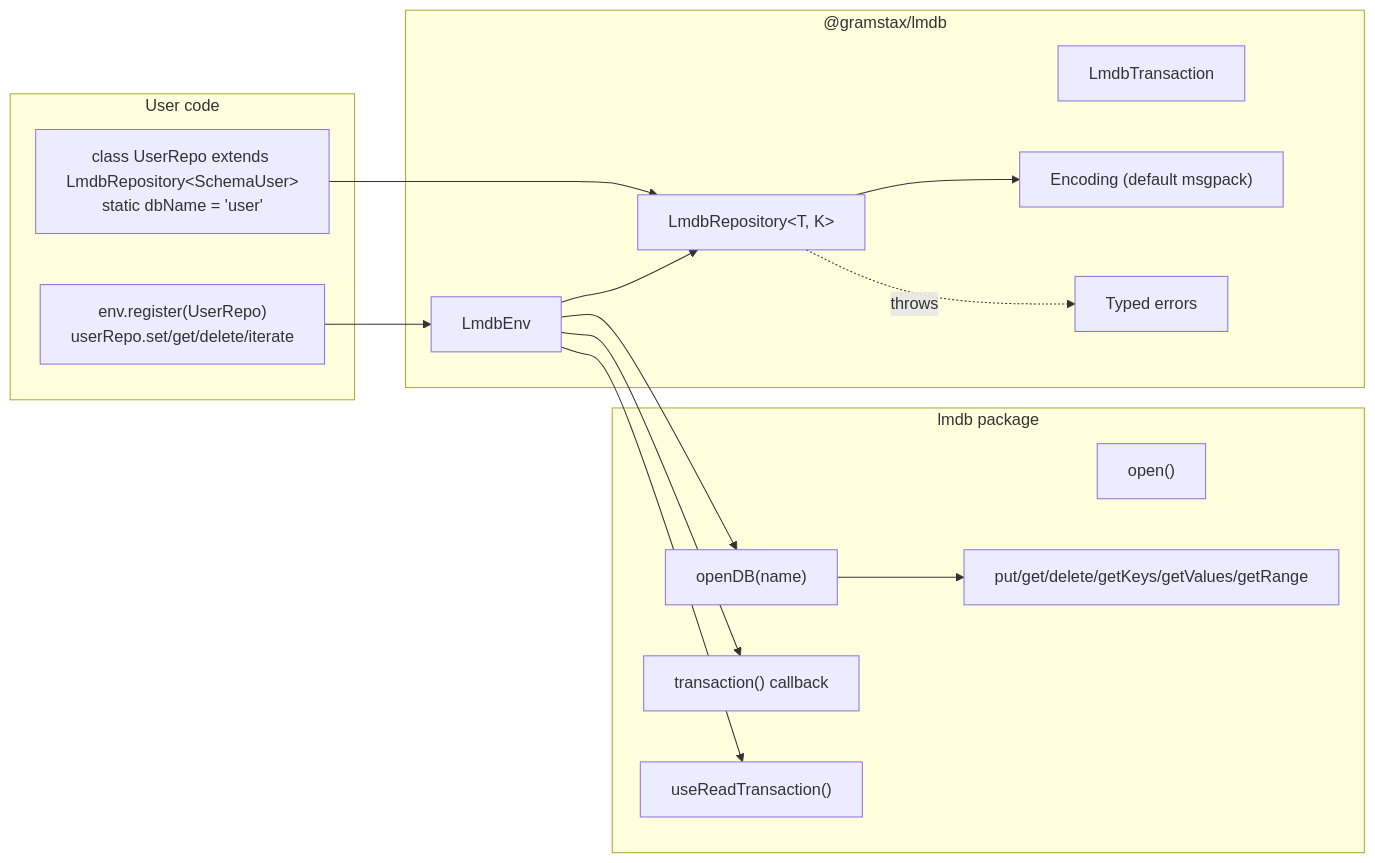
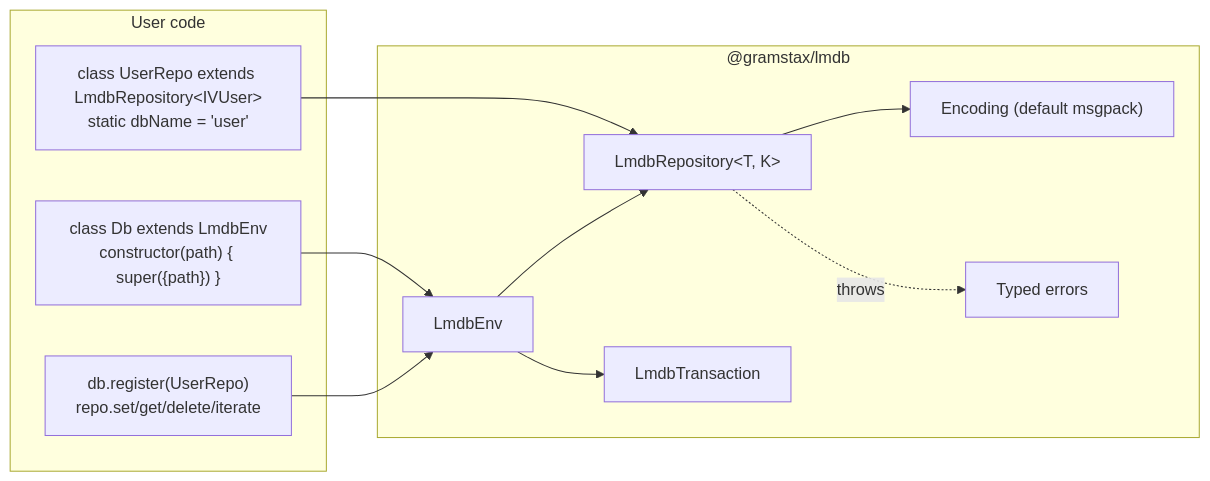
Before and after one commit to gramstax/gramstax: the second of 3 diagrams in packages/lmdb/README.md, drawn with Mermaid. The commit also changed other lines of this file, not shown here.

First line of the commit message:
docs(lmdb): rewrite README with Db extends LmdbEnv pattern and production best practices

````diff
--- a/packages/lmdb/README.md
+++ b/packages/lmdb/README.md
@@ -115,33 +126,24 @@
 ```mermaid
 flowchart LR
     subgraph User["User code"]
-        Define["class UserRepo extends LmdbRepository&lt;SchemaUser&gt;<br/>static dbName = 'user'"]
-        Use["env.register(UserRepo)<br/>userRepo.set/get/delete/iterate"]
+        Define["class UserRepo extends LmdbRepository&lt;IVUser&gt;<br/>static dbName = 'user'"]
+        Register["class Db extends LmdbEnv<br/>constructor(path) { super({path}) }"]
+        Use["db.register(UserRepo)<br/>repo.set/get/delete/iterate"]
     end
 
     subgraph Framework["@gramstax/lmdb"]
         Env["LmdbEnv"]
         Repo["LmdbRepository&lt;T, K&gt;"]
         Tx["LmdbTransaction"]
         Codec["Encoding (default msgpack)"]
         Errors["Typed errors"]
     end
 
-    subgraph LMDB["lmdb package"]
-        Open["open()"]
-        SubDB["openDB(name)"]
-        Put["put/get/delete/getKeys/getValues/getRange"]
-        ChildTxn["transaction() callback"]
-        ReadTxn["useReadTransaction()"]
-    end
-
     Define --> Repo
+    Register --> Env
     Use --> Env
     Env --> Repo
     Repo --> Codec
-    Env --> SubDB
-    SubDB --> Put
-    Env --> ChildTxn
-    Env --> ReadTxn
+    Env --> Tx
     Repo -.throws.-> Errors
 ```
````
